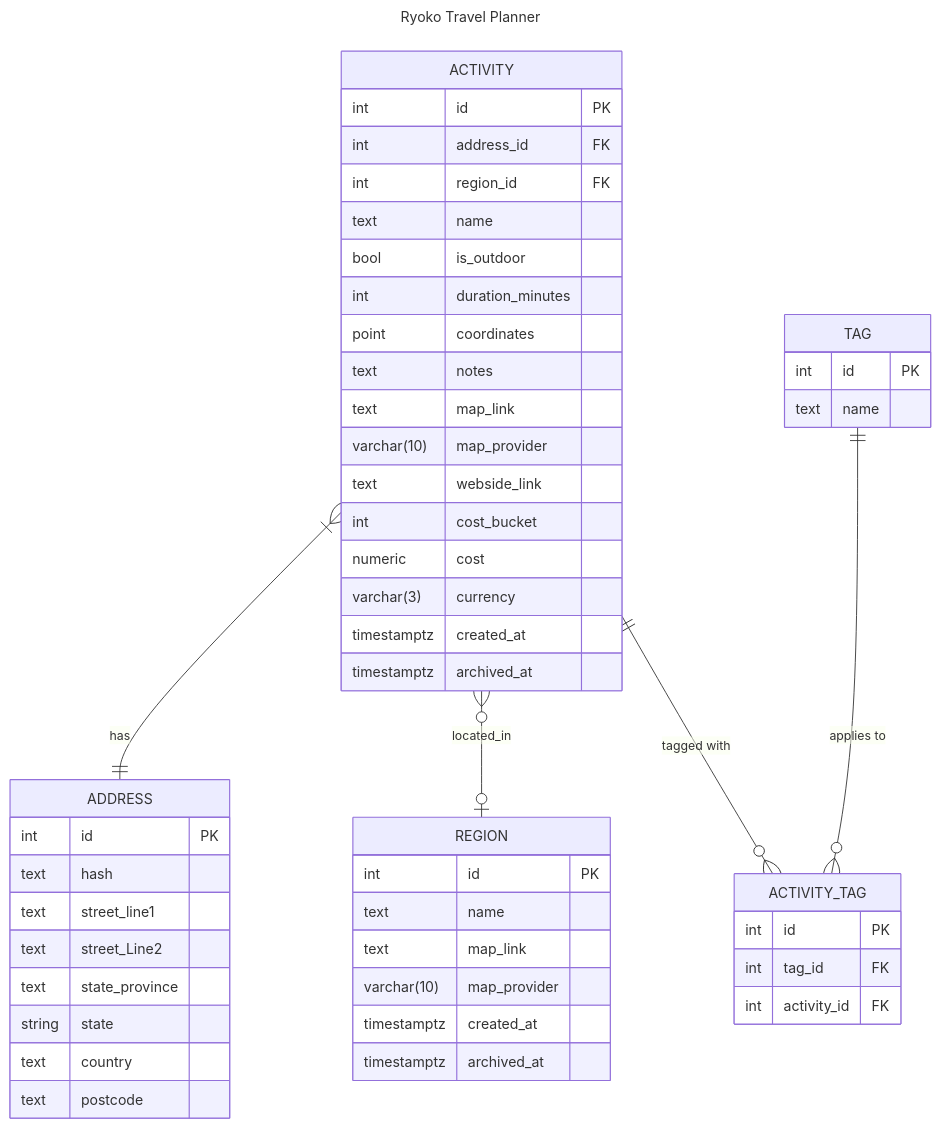
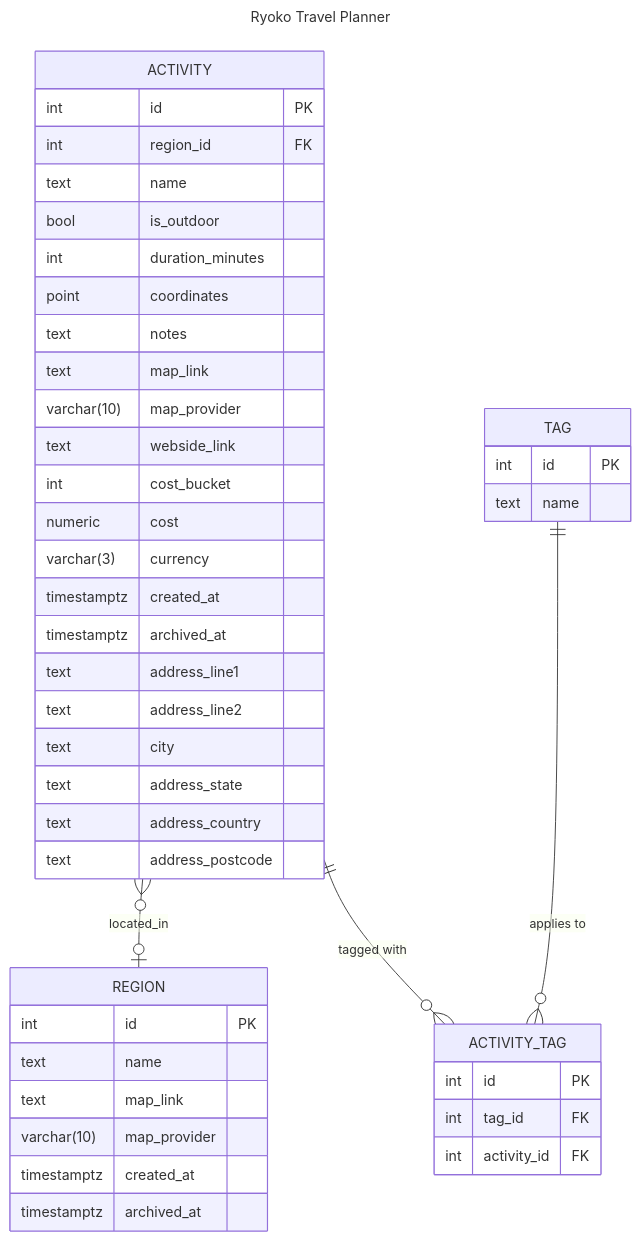
One commit to tatew/ryoko-travel-planner changed the diagram in docs/DatabaseDesign.md. Above: the diagram before and after it, drawn with Mermaid.

Commit message:
Update ERD

````diff
--- a/docs/DatabaseDesign.md
+++ b/docs/DatabaseDesign.md
@@ -3,56 +3,50 @@
 ```mermaid
 ---
 title: Ryoko Travel Planner
 ---
 erDiagram
     ACTIVITY {
         int id PK
-        int address_id FK
         int region_id FK
         text name
         bool is_outdoor
         int duration_minutes
         point coordinates
         text notes
         text map_link
         varchar(10) map_provider
         text webside_link
         int cost_bucket
         numeric cost
         varchar(3) currency
         timestamptz created_at
         timestamptz archived_at
-    }
-    ADDRESS {
-        int id PK
-        text hash
-        text street_line1
-        text street_Line2
-        text state_province
-        string state
-        text country
-        text postcode
+        text address_line1
+        text address_line2
+        text city
+        text address_state
+        text address_country
+        text address_postcode
     }
     REGION {
         int id PK
         text name
         text map_link 
         varchar(10) map_provider
         timestamptz created_at
         timestamptz archived_at
     }
     TAG {
         int id PK
         text name 
     }
     ACTIVITY_TAG {
         int id PK
         int tag_id FK
         int activity_id FK
     }
-    ACTIVITY one or more to one ADDRESS : has
     ACTIVITY zero or more to one or zero REGION : located_in
     ACTIVITY one to zero or more ACTIVITY_TAG : "tagged with"
     TAG one to zero or more ACTIVITY_TAG: "applies to"
     
 ```
````
